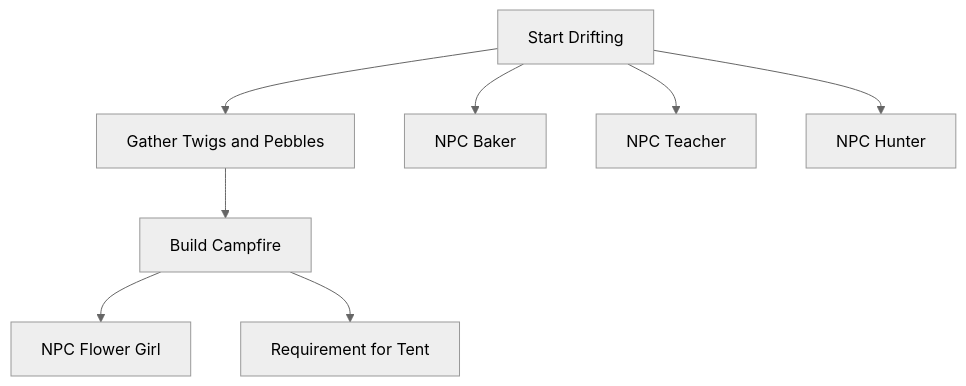
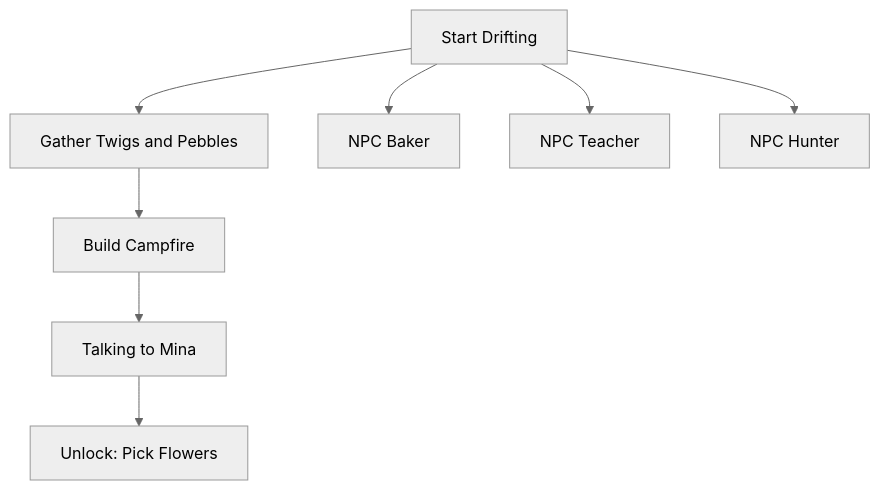
Before and after one commit to Lassandriel/My-earned-Wings: the first of 3 diagrams in docs/PROGRESSION.md, drawn with Mermaid (neutral theme). The commit also changed other lines of this file and 85 other files, not shown here.

````diff
--- a/docs/PROGRESSION.md
+++ b/docs/PROGRESSION.md
@@ -11,11 +11,11 @@
 ```mermaid
 graph TD
     Start[Start Drifting] --> Gather[Gather Twigs and Pebbles]
     Start --> Baker[NPC Baker]
     Start --> Teacher[NPC Teacher]
     Start --> Hunter[NPC Hunter]
 
     Gather --> Campfire[Build Campfire]
-    Campfire --> FlowerGirl[NPC Flower Girl]
-    Campfire --> TentReq[Requirement for Tent]
+    Campfire --> FlowerGirl[Talking to Mina]
+    FlowerGirl --> PickFlowers[Unlock: Pick Flowers]
 ```
````
